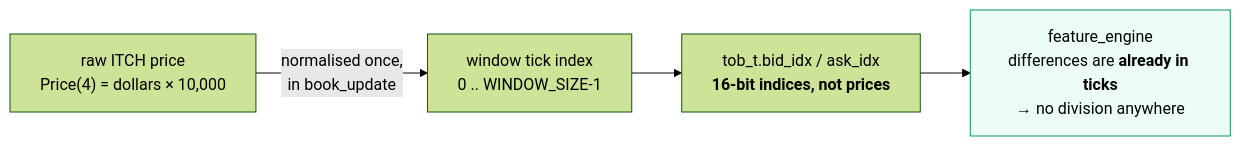
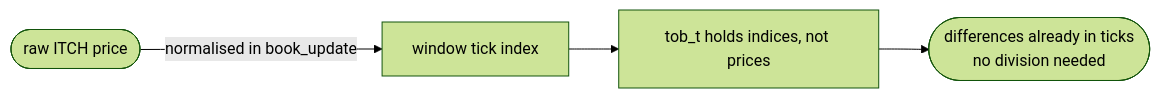
One commit to Rushmello369/fpga-feed-handler changed the fifth of 5 diagrams in docs/diagrams/tob_tracker.md. Above: the diagram before and after it, drawn with Mermaid (forest theme). The commit also changed other lines of this file and 12 other files, not shown here.

Commit message:
add diagrams for system and module architectures

````diff
--- a/docs/diagrams/tob_tracker.md
+++ b/docs/diagrams/tob_tracker.md
@@ -136,10 +112,6 @@
 ```mermaid
 flowchart LR
-    RAW["raw ITCH price<br/>Price(4) = dollars × 10,000"]
-    RAW -->|"normalised once,<br/>in book_update"| IDX["window tick index<br/>0 .. WINDOW_SIZE-1"]
-    IDX --> TOB["tob_t.bid_idx / ask_idx<br/><b>16-bit indices, not prices</b>"]
-    TOB --> FEAT["feature_engine<br/>differences are <b>already in ticks</b><br/>→ no division anywhere"]
-
-    classDef good fill:#ecfdf5,stroke:#059669
-    class FEAT good
+    RAW([raw ITCH price]) -->|normalised in book_update| IDX[window tick index]
+    IDX --> TOB[tob_t holds indices, not prices]
+    TOB --> FEAT([differences already in ticks<br/>no division needed])
 ```
````
